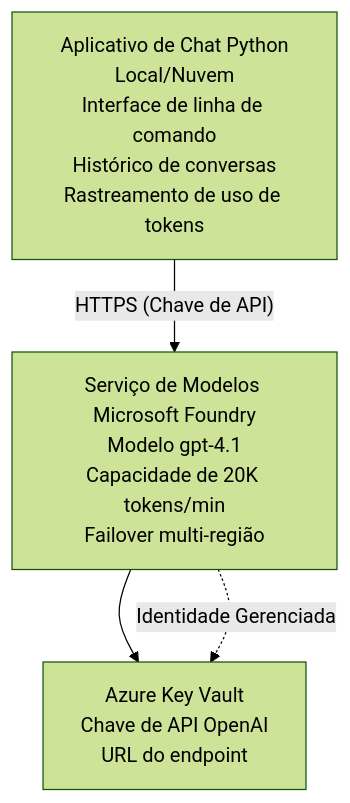
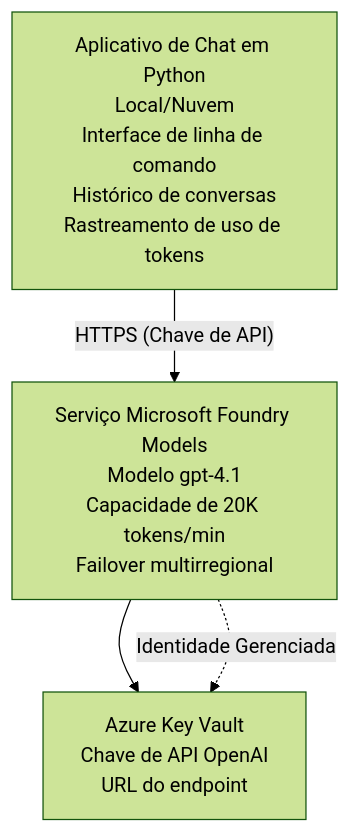
Before and after one commit to microsoft/AZD-for-beginners: the diagram in translations/pt-BR/examples/azure-openai-chat/README.md, drawn with Mermaid (forest theme). The commit also changed other lines of this file and 104 other files, not shown here.

````diff
--- a/translations/pt-BR/examples/azure-openai-chat/README.md
+++ b/translations/pt-BR/examples/azure-openai-chat/README.md
@@ -26,6 +26,6 @@
 ```mermaid
 graph TD
-    App[Aplicativo de Chat Python<br/>Local/Nuvem<br/>Interface de linha de comando<br/>Histórico de conversas<br/>Rastreamento de uso de tokens] -- "HTTPS (Chave de API)" --> Foundry[Serviço de Modelos Microsoft Foundry<br/>Modelo gpt-4.1<br/>Capacidade de 20K tokens/min<br/>Failover multi-região]
+    App[Aplicativo de Chat em Python<br/>Local/Nuvem<br/>Interface de linha de comando<br/>Histórico de conversas<br/>Rastreamento de uso de tokens] -- "HTTPS (Chave de API)" --> Foundry[Serviço Microsoft Foundry Models<br/>Modelo gpt-4.1<br/>Capacidade de 20K tokens/min<br/>Failover multirregional]
     Foundry --> KV[Azure Key Vault<br/>Chave de API OpenAI<br/>URL do endpoint]
     Foundry -. Identidade Gerenciada .-> KV
 ```
````
